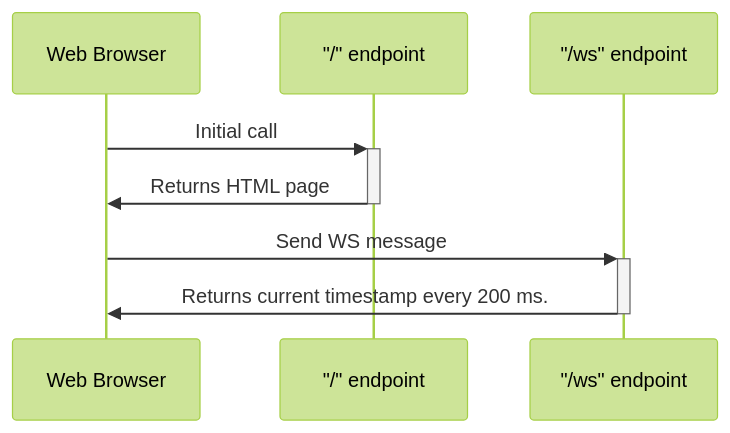
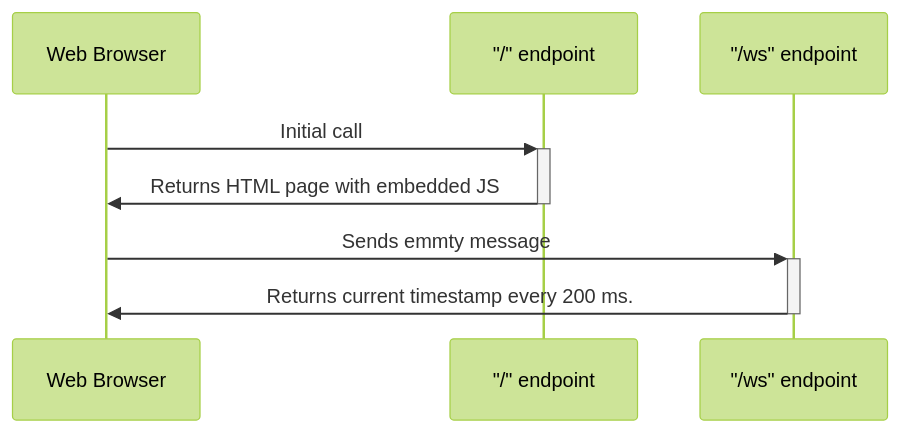
Before and after one commit to kislerdm/wc: the diagram in README.md, drawn with Mermaid (forest theme).

````diff
--- a/README.md
+++ b/README.md
@@ -11,12 +11,12 @@
 ```mermaid
 sequenceDiagram
     participant web as Web Browser
     participant http as "/" endpoint
     participant ws as "/ws" endpoint
     
     web->>+http: Initial call
-    http->>-web: Returns HTML page
+    http->>-web: Returns HTML page with embedded JS
     
-    web->>+ws: Send WS message
+    web->>+ws: Sends emmty message
     ws->>-web: Returns current timestamp every 200 ms. 
 ```
````
